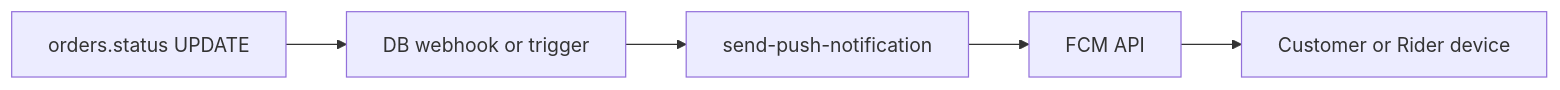
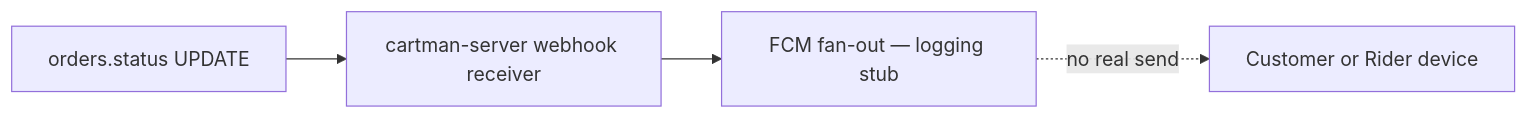
One commit to xzen-projects/cartman-ph-docs changed diagram 12 of 13 in docs/breakdown/flows.md. Above: the diagram before and after it, drawn with Mermaid. The commit also changed other lines of this file and 3 other files, not shown here.

First line of the commit message:
docs: mirror architecture reconciliation into breakdown docs

````diff
--- a/docs/breakdown/flows.md
+++ b/docs/breakdown/flows.md
@@ -395,7 +384,6 @@
 ```mermaid
 flowchart LR
-  StatusChange[orders.status UPDATE] --> Webhook[DB webhook or trigger]
-  Webhook --> Edge[send-push-notification]
-  Edge --> FCM[FCM API]
-  FCM --> Device[Customer or Rider device]
+  StatusChange[orders.status UPDATE] --> Webhook[cartman-server webhook receiver]
+  Webhook --> Stub[FCM fan-out — logging stub]
+  Stub -.->|no real send| Device[Customer or Rider device]
 ```
````
